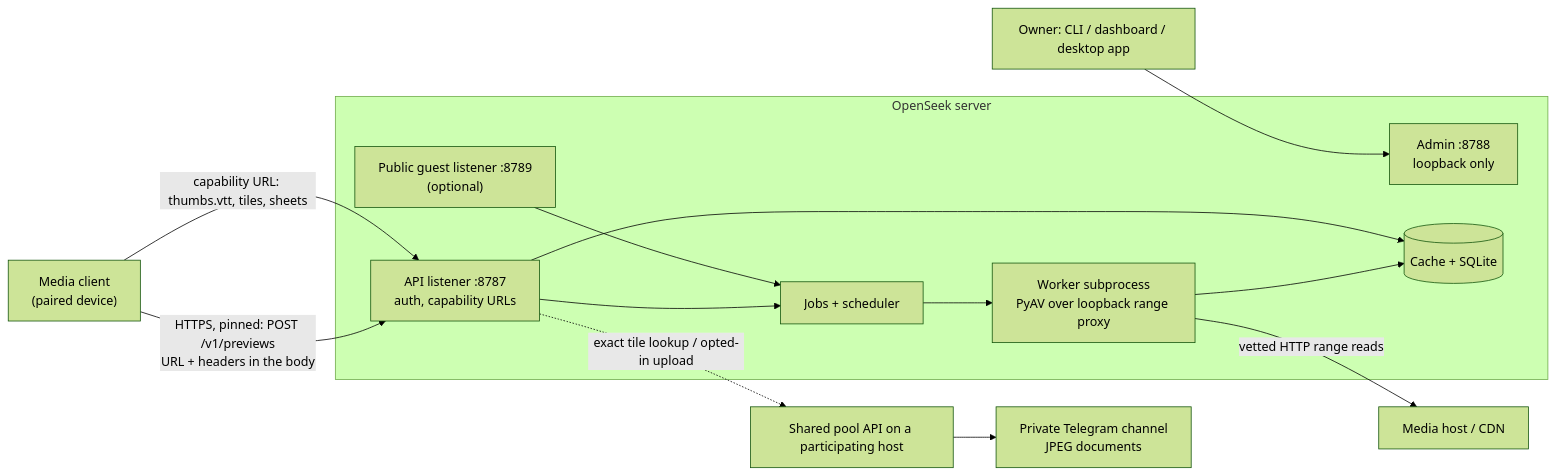
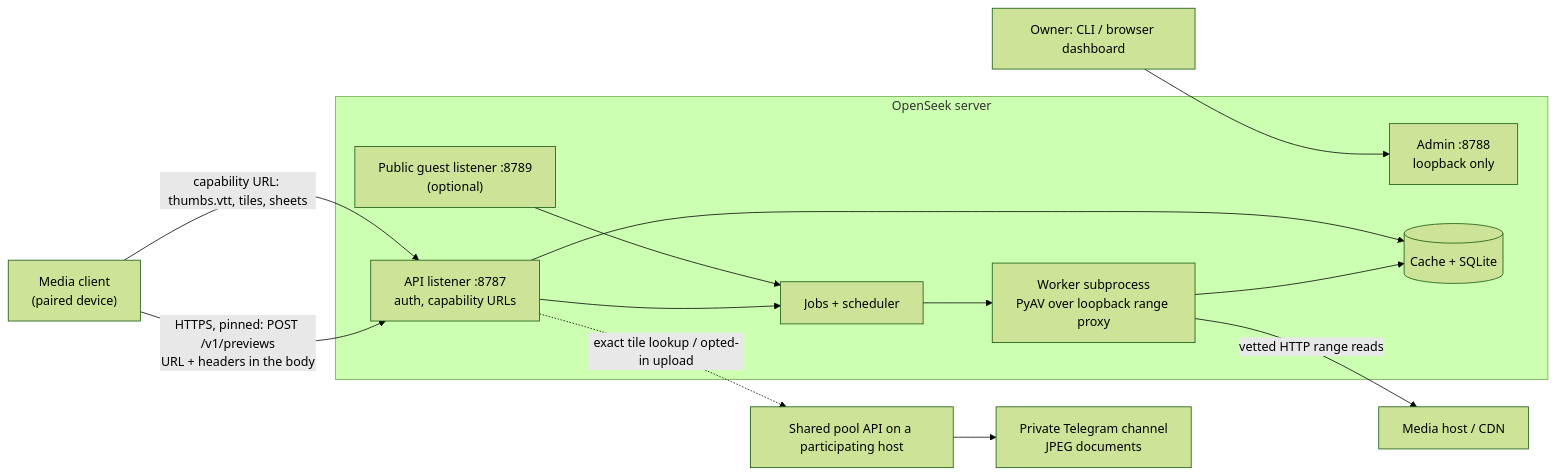
The diagram in README.md (Yatin-Code/openseek-telegram), drawn with Mermaid (forest theme) before and after one commit. The commit also changed other lines of this file and 42 other files, not shown here.

````diff
--- a/README.md
+++ b/README.md
@@ -35,20 +34,20 @@
 ```mermaid
 flowchart LR
   C["Media client<br/>(paired device)"] -- "HTTPS, pinned: POST /v1/previews<br/>URL + headers in the body" --> API
   subgraph S["OpenSeek server"]
     API["API listener :8787<br/>auth, capability URLs"]
     ADM["Admin :8788<br/>loopback only"]
     PUB["Public guest listener :8789<br/>(optional)"]
     JOBS["Jobs + scheduler"]
     W["Worker subprocess<br/>PyAV over loopback range proxy"]
     CACHE[("Cache + SQLite")]
     API --> JOBS --> W --> CACHE
     PUB --> JOBS
     API --> CACHE
   end
   W -- "vetted HTTP range reads" --> SRC["Media host / CDN"]
   C -- "capability URL: thumbs.vtt, tiles, sheets" --> API
-  OWN["Owner: CLI / dashboard / desktop app"] --> ADM
+  OWN["Owner: CLI / browser dashboard"] --> ADM
   API -. "exact tile lookup / opted-in upload" .-> POOL["Shared pool API on a participating host"]
   POOL --> TG["Private Telegram channel<br/>JPEG documents"]
 ```
````
